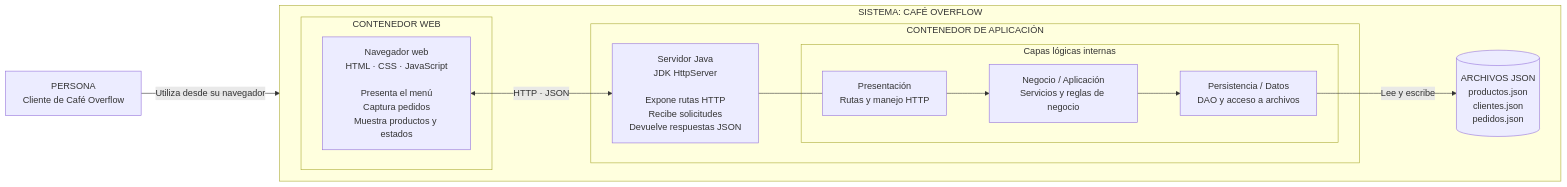
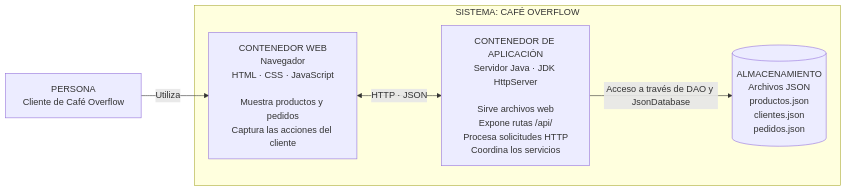
Before and after one commit to alejoms13/Taller-Modelo-N-Tier: the diagram in docs/diagramas-c4/c2-contenedores.mmd, drawn with Mermaid.

```diff
--- a/docs/diagramas-c4/c2-contenedores.mmd
+++ b/docs/diagramas-c4/c2-contenedores.mmd
@@ -1,30 +1,14 @@
 flowchart LR
     Cliente["PERSONA<br/>Cliente de Café Overflow"]
 
     subgraph Sistema["SISTEMA: CAFÉ OVERFLOW"]
-        direction LR
+        Browser["CONTENEDOR WEB<br/>Navegador<br/>HTML · CSS · JavaScript<br/><br/>Muestra productos y pedidos<br/>Captura las acciones del cliente"]
 
-        subgraph Frontend["CONTENEDOR WEB"]
-            Browser["Navegador web<br/>HTML · CSS · JavaScript<br/><br/>Presenta el menú<br/>Captura pedidos<br/>Muestra productos y estados"]
-        end
+        Java["CONTENEDOR DE APLICACIÓN<br/>Servidor Java · JDK HttpServer<br/><br/>Sirve archivos web<br/>Expone rutas /api/<br/>Procesa solicitudes HTTP<br/>Coordina los servicios"]
 
-        subgraph Backend["CONTENEDOR DE APLICACIÓN"]
-            Java["Servidor Java<br/>JDK HttpServer<br/><br/>Expone rutas HTTP<br/>Recibe solicitudes<br/>Devuelve respuestas JSON"]
-
-            subgraph Capas["Capas lógicas internas"]
-                Presentacion["Presentación<br/>Rutas y manejo HTTP"]
-                Negocio["Negocio / Aplicación<br/>Servicios y reglas de negocio"]
-                Persistencia["Persistencia / Datos<br/>DAO y acceso a archivos"]
-            end
-
-            Presentacion --> Negocio
-            Negocio --> Persistencia
-            Java --- Presentacion
-        end
-
-        Datos[("ARCHIVOS JSON<br/>productos.json<br/>clientes.json<br/>pedidos.json")]
-        Persistencia -->|"Lee y escribe"| Datos
+        JSON[("ALMACENAMIENTO<br/>Archivos JSON<br/>productos.json<br/>clientes.json<br/>pedidos.json")]
     end
 
-    Cliente -->|"Utiliza desde su navegador"| Browser
+    Cliente -->|"Utiliza"| Browser
     Browser <-->|"HTTP · JSON"| Java
+    Java -->|"Acceso a través de DAO y JsonDatabase"| JSON
```
